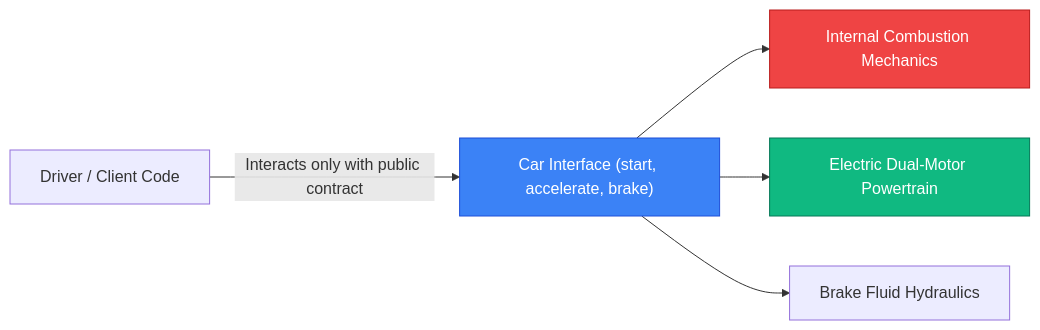
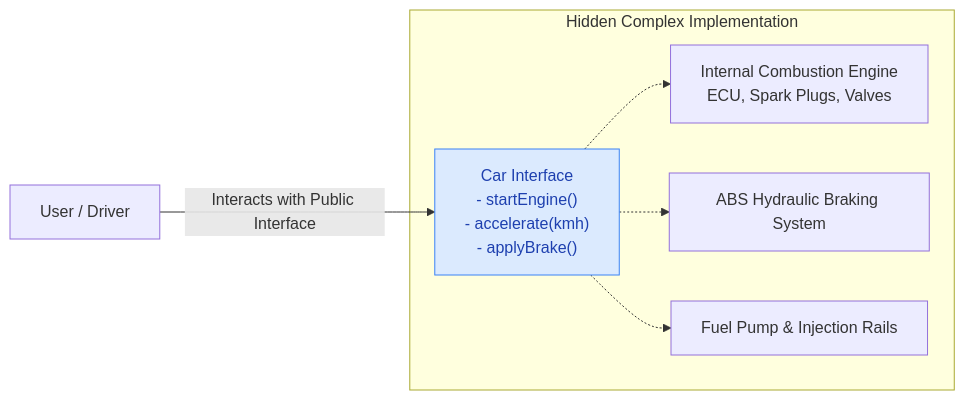
One commit to rohithgowda18/Notes changed the third of 4 diagrams in 04-OOPs-and-Design-Patterns/01-Core-OOPs-and-UML/02-OOPs-Real-World-Examples-Abstraction-Encapsulation.md. Above: the diagram before and after it, drawn with Mermaid. The commit also changed other lines of this file and 17 other files, not shown here.

Commit message:
docs(lld): enrich notes with deep architectural analysis, diagrams, anti-patterns & code

````diff
--- a/04-OOPs-and-Design-Patterns/01-Core-OOPs-and-UML/02-OOPs-Real-World-Examples-Abstraction-Encapsulation.md
+++ b/04-OOPs-and-Design-Patterns/01-Core-OOPs-and-UML/02-OOPs-Real-World-Examples-Abstraction-Encapsulation.md
@@ -59,11 +89,12 @@
 ```mermaid
-flowchart LR
-    Driver["Driver / Client Code"] -->|"Interacts only with public contract"| Controls["Car Interface (start, accelerate, brake)"]
-    Controls --> Engine["Internal Combustion Mechanics"]
-    Controls --> EV["Electric Dual-Motor Powertrain"]
-    Controls --> Hydraulics["Brake Fluid Hydraulics"]
-
-    style Controls fill:#3b82f6,stroke:#1d4ed8,color:#fff
-    style Engine fill:#ef4444,stroke:#b91c1c,color:#fff
-    style EV fill:#10b981,stroke:#047857,color:#fff
+graph LR
+    Driver[User / Driver] -->|Interacts with Public Interface| Abstraction["Car Interface<br/>- startEngine()<br/>- accelerate(kmh)<br/>- applyBrake()"]
+    
+    subgraph "Hidden Complex Implementation"
+        Abstraction -.-> Engine["Internal Combustion Engine<br/>ECU, Spark Plugs, Valves"]
+        Abstraction -.-> Hydraulics["ABS Hydraulic Braking System"]
+        Abstraction -.-> Fuel["Fuel Pump & Injection Rails"]
+    end
+    
+    style Abstraction fill:#dbeafe,stroke:#3b82f6,color:#1e40af
 ```
````
